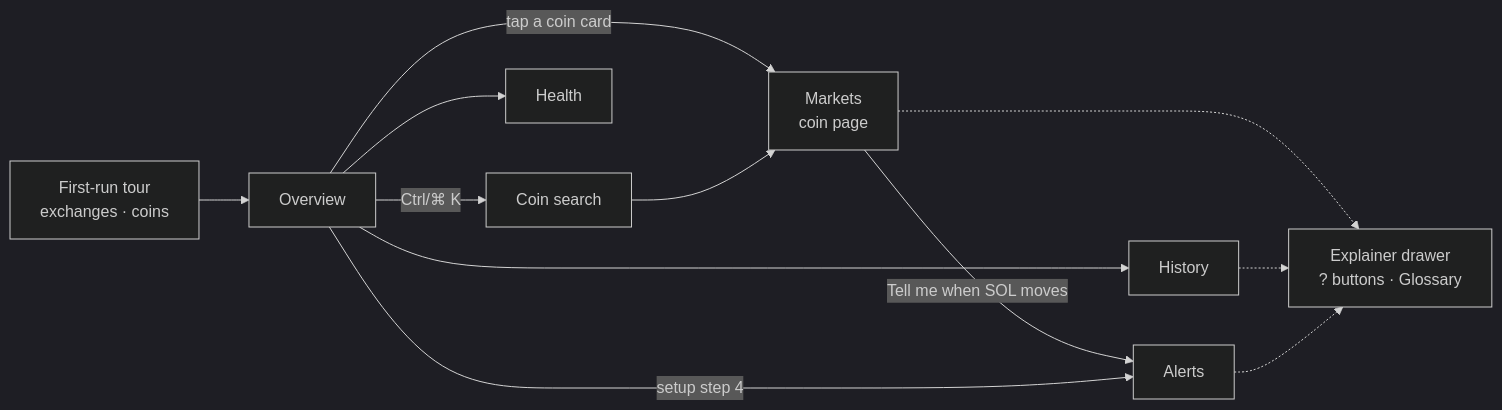
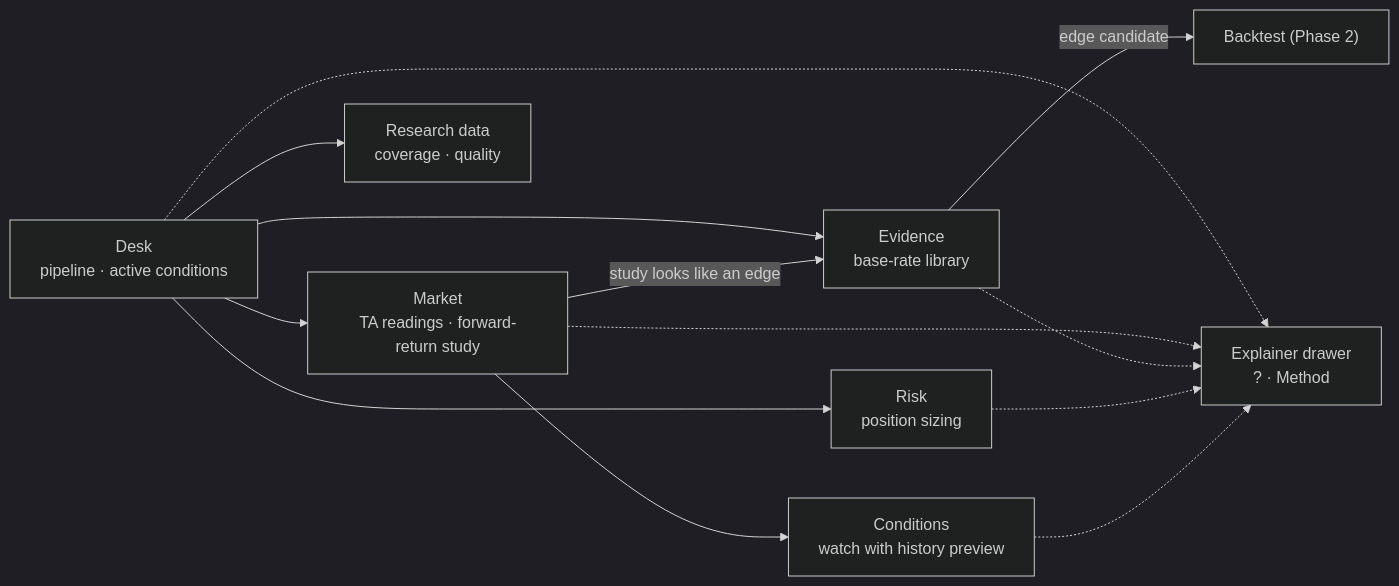
Before and after one commit to ADITYAGPT11/crypto_dashboard: the diagram in docs/product/ux/PHASE1_UX.md, drawn with Mermaid (dark theme). The commit also changed other lines of this file and 4 other files, not shown here.

First line of the commit message:
Redesign Phase 1 UX around the confirmation pipeline and evidence

````diff
--- a/docs/product/ux/PHASE1_UX.md
+++ b/docs/product/ux/PHASE1_UX.md
@@ -30,11 +41,11 @@
 ```mermaid
 flowchart LR
-  T["First-run tour<br/>exchanges · coins"] --> O["Overview"]
-  O -- "tap a coin card" --> M["Markets<br/>coin page"]
-  O -- "Ctrl/⌘ K" --> S["Coin search"] --> M
-  M -- "Tell me when SOL moves" --> A["Alerts"]
-  O -- "setup step 4" --> A
-  O --> H["History"]
-  O --> HL["Health"]
-  M & H & A -.-> X["Explainer drawer<br/>? buttons · Glossary"]
+  D["Desk<br/>pipeline · active conditions"] --> M["Market<br/>TA readings · forward-return study"]
+  D --> E["Evidence<br/>base-rate library"]
+  M -- "study looks like an edge" --> E
+  E -- "edge candidate" --> BT["Backtest (Phase 2)"]
+  M --> C["Conditions<br/>watch with history preview"]
+  D --> R["Risk<br/>position sizing"]
+  D --> DATA["Research data<br/>coverage · quality"]
+  D & M & E & R & C -.-> X["Explainer drawer<br/>? · Method"]
 ```
````
